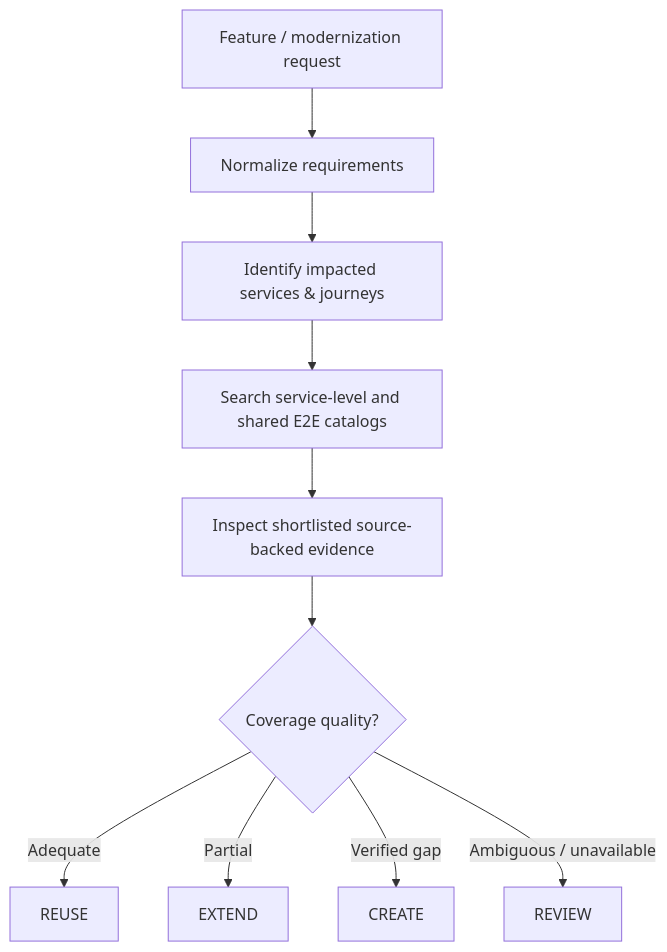
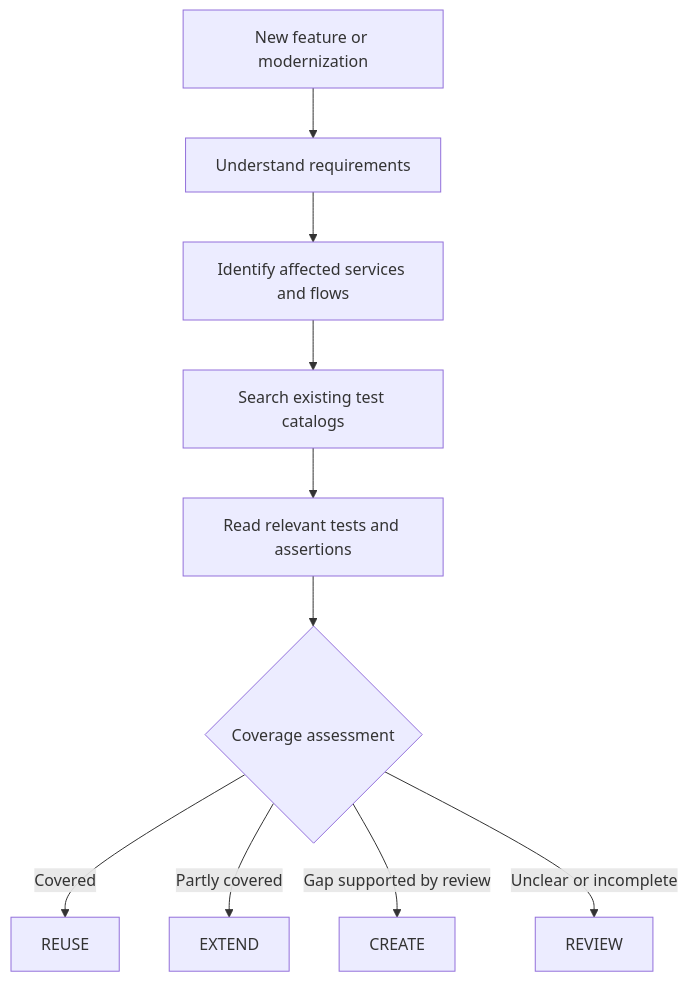
The diagram in docs/02-proposed-solution.md (ghostlives/qa-catalog-indexing-architecture), drawn with Mermaid before and after one commit. The commit also changed other lines of this file and 5 other files, not shown here.

Commit message:
docs: review and simplify solution architecture language

````diff
--- a/docs/02-proposed-solution.md
+++ b/docs/02-proposed-solution.md
@@ -68,12 +64,12 @@
 ```mermaid
 flowchart TD
-  A["Feature / modernization request"] --> B["Normalize requirements"]
-  B --> C["Identify impacted services & journeys"]
-  C --> D["Search service-level and shared E2E catalogs"]
-  D --> E["Inspect shortlisted source-backed evidence"]
-  E --> F{"Coverage quality?"}
-  F -->|"Adequate"| G["REUSE"]
-  F -->|"Partial"| H["EXTEND"]
-  F -->|"Verified gap"| I["CREATE"]
-  F -->|"Ambiguous / unavailable"| J["REVIEW"]
+    A["New feature or modernization"] --> B["Understand requirements"]
+    B --> C["Identify affected services and flows"]
+    C --> D["Search existing test catalogs"]
+    D --> E["Read relevant tests and assertions"]
+    E --> F{"Coverage assessment"}
+    F -->|"Covered"| G["REUSE"]
+    F -->|"Partly covered"| H["EXTEND"]
+    F -->|"Gap supported by review"| I["CREATE"]
+    F -->|"Unclear or incomplete"| J["REVIEW"]
 ```
````
